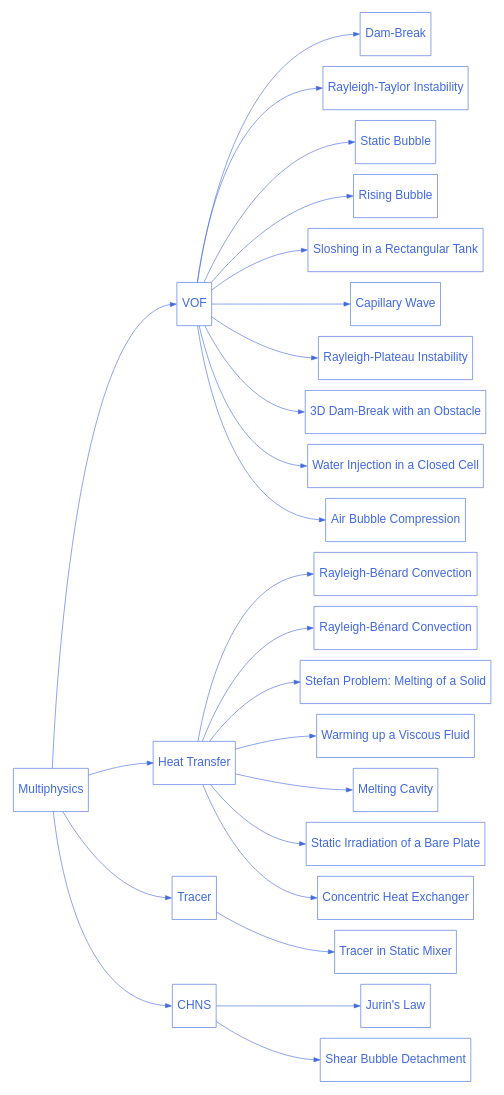
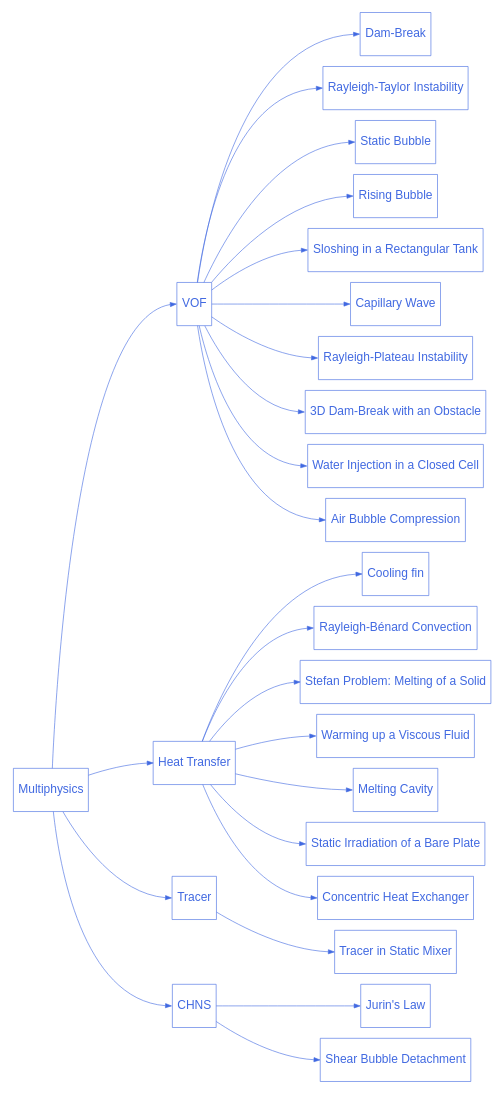
The diagram in doc/source/examples/multiphysics/multiphysics.rst (chaos-polymtl/lethe), drawn with Graphviz before and after one commit.

Commit message:
Found an error in the examples gui (Cooling fin)

```diff
--- a/doc/source/examples/multiphysics/multiphysics.rst
+++ b/doc/source/examples/multiphysics/multiphysics.rst
@@ -47,7 +47,7 @@
 
       multiphysics_2 [label="Heat Transfer", href="https://chaos-polymtl.github.io/lethe/documentation/examples/multiphysics/heat-transfer.html"];
 
-      multiphysics_2_1 [label="Rayleigh-Bénard Convection", href="https://chaos-polymtl.github.io/lethe/documentation/examples/multiphysics/cooling-fin/cooling-fin.html"];
+      multiphysics_2_1 [label="Cooling fin", href="https://chaos-polymtl.github.io/lethe/documentation/examples/multiphysics/cooling-fin/cooling-fin.html"];
 
       multiphysics_2_2 [label="Rayleigh-Bénard Convection", href="https://chaos-polymtl.github.io/lethe/documentation/examples/multiphysics/rayleigh-benard-convection/rayleigh-benard-convection.html"];
 
```
